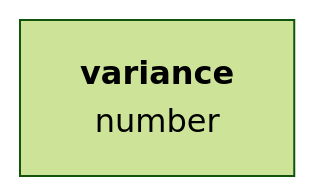
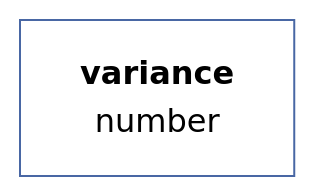
Diagram 12 of 23 in docs/en-GB/vector.md (muzikp/retusa), drawn with Mermaid (forest theme) before and after one commit. The commit also changed other lines of this file and 17 other files, not shown here.

````diff
--- a/docs/en-GB/vector.md
+++ b/docs/en-GB/vector.md
@@ -320,4 +353,7 @@
 ```mermaid
 graph TD
-A[<b>variance<br></b>number]
+variance[<b>variance<br></b>number]
+style variance fill:#FFFFFF;
+style variance stroke:#4967A4;
+
 ```
````
